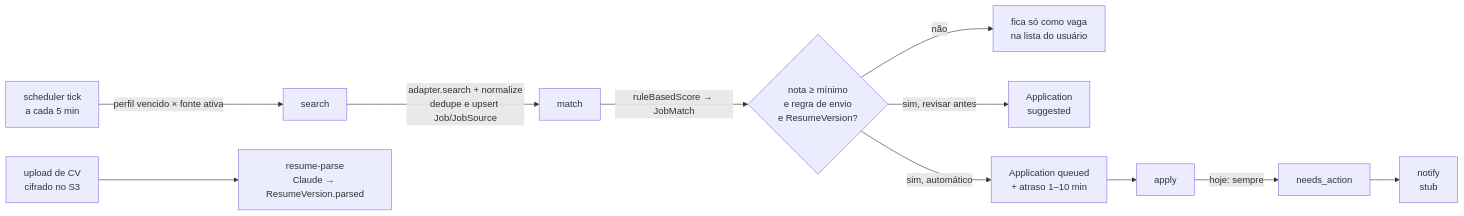
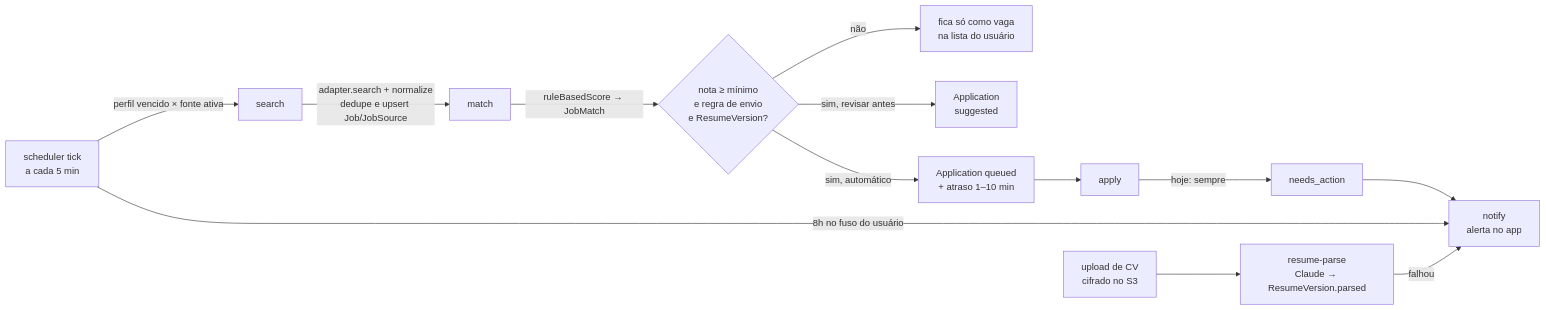
The diagram in docs/visao-geral.md (gabrielAlencar33564/cv-pilot), drawn with Mermaid before and after one commit. The commit also changed other lines of this file and 4 other files, not shown here.

````diff
--- a/docs/visao-geral.md
+++ b/docs/visao-geral.md
@@ -56,13 +62,15 @@
 ```mermaid
 flowchart LR
   T[scheduler tick<br/>a cada 5 min] -->|perfil vencido × fonte ativa| S[search]
   S -->|adapter.search + normalize<br/>dedupe e upsert Job/JobSource| M[match]
   M -->|ruleBasedScore → JobMatch| D{nota ≥ mínimo<br/>e regra de envio<br/>e ResumeVersion?}
   D -- não --> L[fica só como vaga<br/>na lista do usuário]
   D -- sim, revisar antes --> SG[Application<br/>suggested]
   D -- sim, automático --> Q[Application queued<br/>+ atraso 1–10 min]
   Q --> A[apply]
   A -->|hoje: sempre| NA[needs_action]
-  NA --> N[notify<br/>stub]
+  NA --> N[notify<br/>alerta no app]
+  T -->|8h no fuso do usuário| N
   U[upload de CV<br/>cifrado no S3] --> RP[resume-parse<br/>Claude → ResumeVersion.parsed]
+  RP -->|falhou| N
 ```
````
